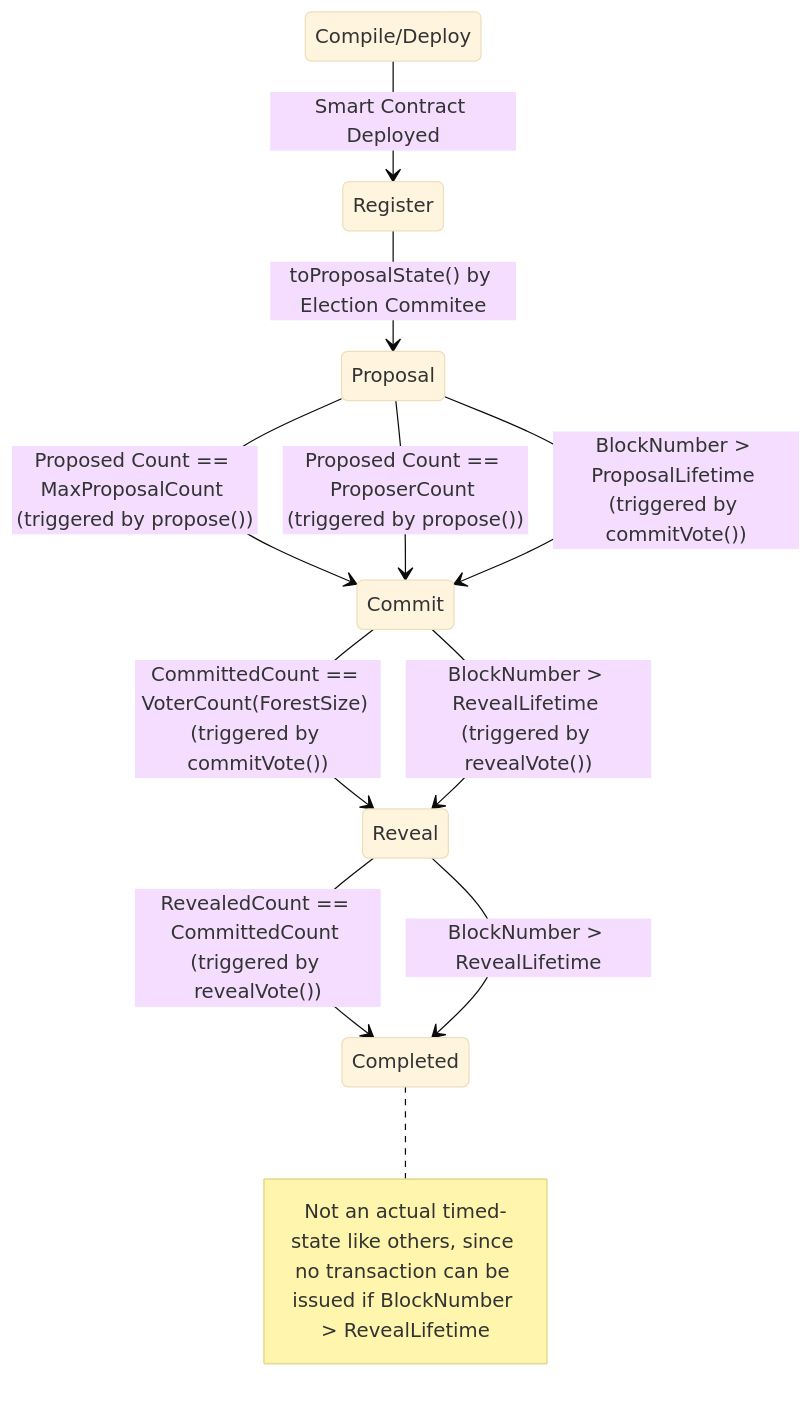
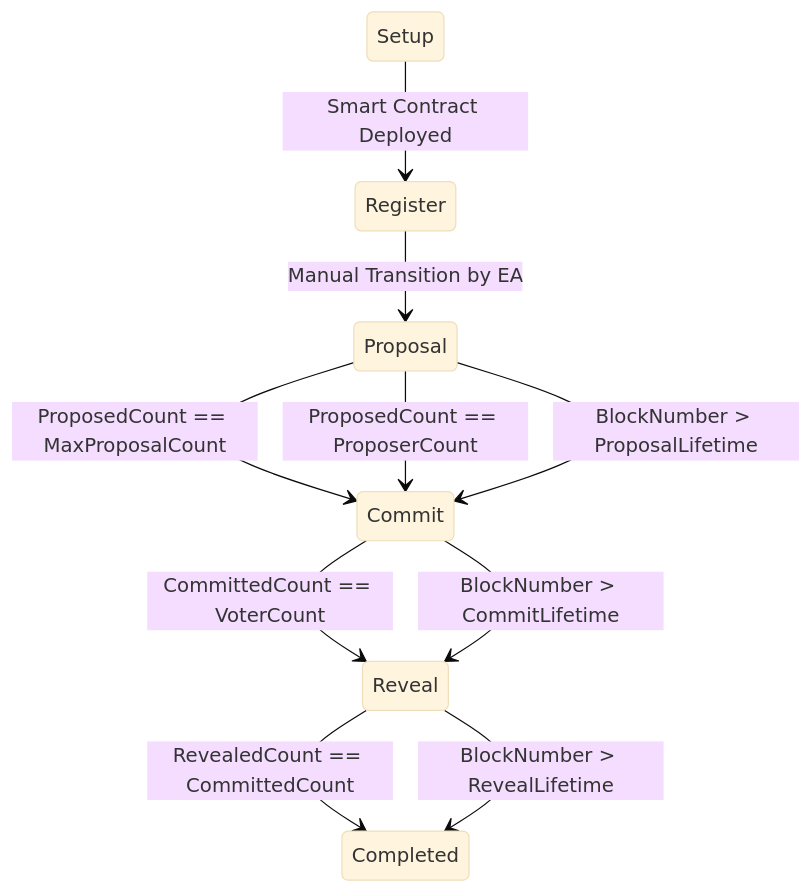
One commit to ceyonur/electanon changed the diagram in docs/state-diagram.mmd. Above: the diagram before and after it, drawn with Mermaid (base theme). The commit also changed 1219 other files, not shown here.

```diff
--- a/docs/state-diagram.mmd
+++ b/docs/state-diagram.mmd
@@ -1,11 +1,10 @@
 stateDiagram-v2
-    Compile/Deploy --> Register: Smart Contract Deployed
-    Register --> Proposal: toProposalState() by Election Commitee
-    Proposal --> Commit: Proposed Count == MaxProposalCount (triggered by propose())
-    Proposal --> Commit: Proposed Count == ProposerCount (triggered by propose())
-    Proposal --> Commit: BlockNumber > ProposalLifetime (triggered by commitVote())
-    Commit --> Reveal: CommittedCount == VoterCount(ForestSize) (triggered by commitVote())
-    Commit --> Reveal: BlockNumber > RevealLifetime (triggered by revealVote())
-    Reveal --> Completed: RevealedCount == CommittedCount (triggered by revealVote())
-    Note right of Completed: Not an actual timed-state like others, since no transaction can be issued if BlockNumber > RevealLifetime
+    Setup --> Register: Smart Contract Deployed
+    Register --> Proposal: Manual Transition by EA
+    Proposal --> Commit: ProposedCount == MaxProposalCount
+    Proposal --> Commit: ProposedCount == ProposerCount
+    Proposal --> Commit: BlockNumber > ProposalLifetime
+    Commit --> Reveal: CommittedCount == VoterCount
+    Commit --> Reveal: BlockNumber > CommitLifetime
+    Reveal --> Completed: RevealedCount == CommittedCount
     Reveal --> Completed: BlockNumber > RevealLifetime
```
